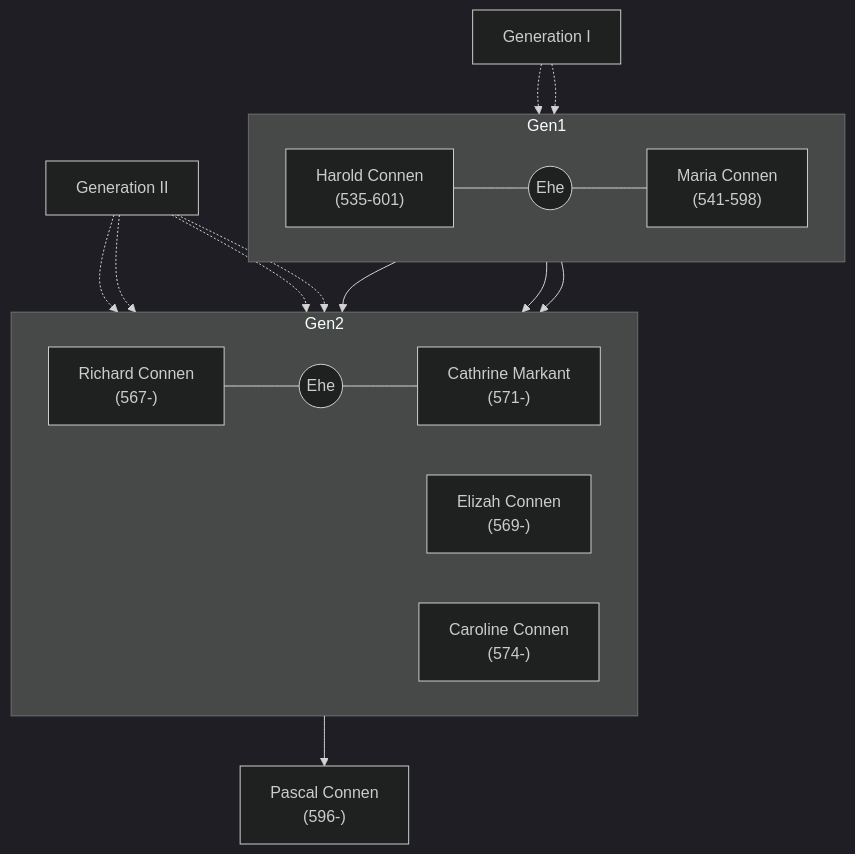
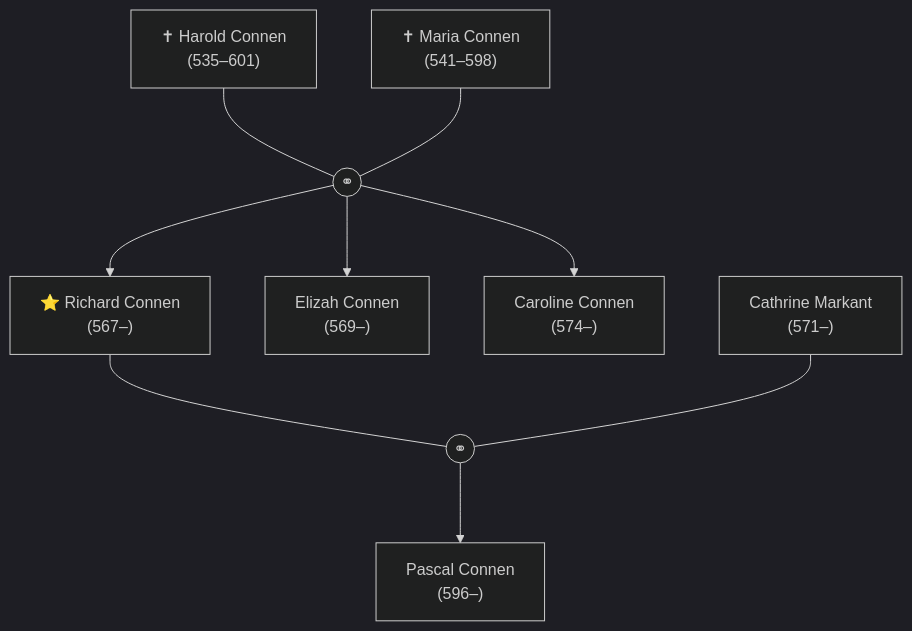
The diagram in content/charaktere/familien/connen.md (TheFabzie/book_lore), drawn with Mermaid (dark theme) before and after one commit.

Commit message:
Stammbaum

````diff
--- a/content/charaktere/familien/connen.md
+++ b/content/charaktere/familien/connen.md
@@ -7,53 +7,40 @@
 ```mermaid
 
+%%{init: {"flowchart": {"nodeSpacing": 55, "rankSpacing": 80}} }%%
 flowchart TB
-gen1["Generation I"]
-gen2["Generation II"]
 
-subgraph Gen1
-direction LR
-  harold_connen["Harold Connen<br/>(535-601)"]
-  e1((Ehe))
-  maria_connen["Maria Connen<br/>(541-598)"]
-  harold_connen --- e1
-  e1 --- maria_connen
-end
+harold_connen["✝ Harold Connen<br/>(535–601)"]
+maria_connen["✝ Maria Connen<br/>(541–598)"]
+e1((⚭))
 
-gen1 -.-> harold_connen
-gen1 -.-> maria_connen
+harold_connen --- e1
+maria_connen  --- e1
 
-e1 --> richard_connen["Richard Connen<br/>(567-)"]
-e1 --> elizah_connen["Elizah Connen<br/>(569-)"]
-e1 --> caroline_connen["Caroline Connen<br/>(574-)"]
+richard_connen["⭐ Richard Connen<br/>(567–)"]
+elizah_connen["Elizah Connen<br/>(569–)"]
+caroline_connen["Caroline Connen<br/>(574–)"]
 
-subgraph Gen2
-direction LR
-  richard_connen
-  e2((Ehe))
-  cathrine_markant["Cathrine Markant<br/>(571-)"]
-  elizah_connen
-  caroline_connen
-  richard_connen --- e2
-  e2 --- cathrine_markant
-end
+e1 --> richard_connen
+e1 --> elizah_connen
+e1 --> caroline_connen
 
-gen2 -.-> richard_connen
-gen2 -.-> elizah_connen
-gen2 -.-> caroline_connen
-gen2 -.-> cathrine_markant
+cathrine_markant["Cathrine Markant<br/>(571–)"]
+e2((⚭))
 
-e2 --> pascal_connen["Pascal Connen<br/>(596-)"]
+richard_connen --- e2
+cathrine_markant --- e2
 
+pascal_connen["Pascal Connen<br/>(596–)"]
+e2 --> pascal_connen
 
-%% Klickbare Links
 click harold_connen "/charaktere/harold-connen"
 click maria_connen "/charaktere/maria-connen"
 click richard_connen "/charaktere/richard-connen"
 click elizah_connen "/charaktere/elizah-connen"
 click caroline_connen "/charaktere/caroline-connen"
 click cathrine_markant "/charaktere/cathrine-markant"
 click pascal_connen "/charaktere/pascal-connen"
 
 
 
 ```
````
